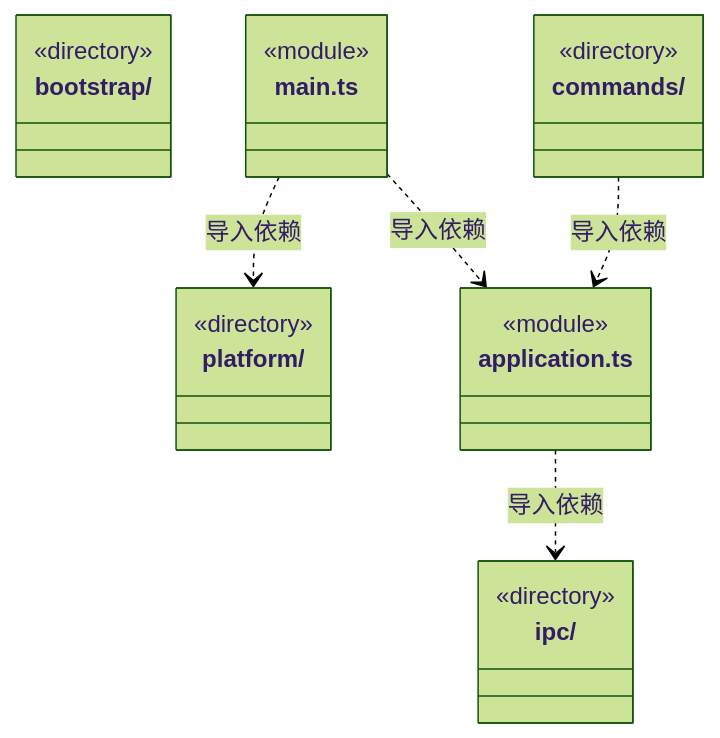
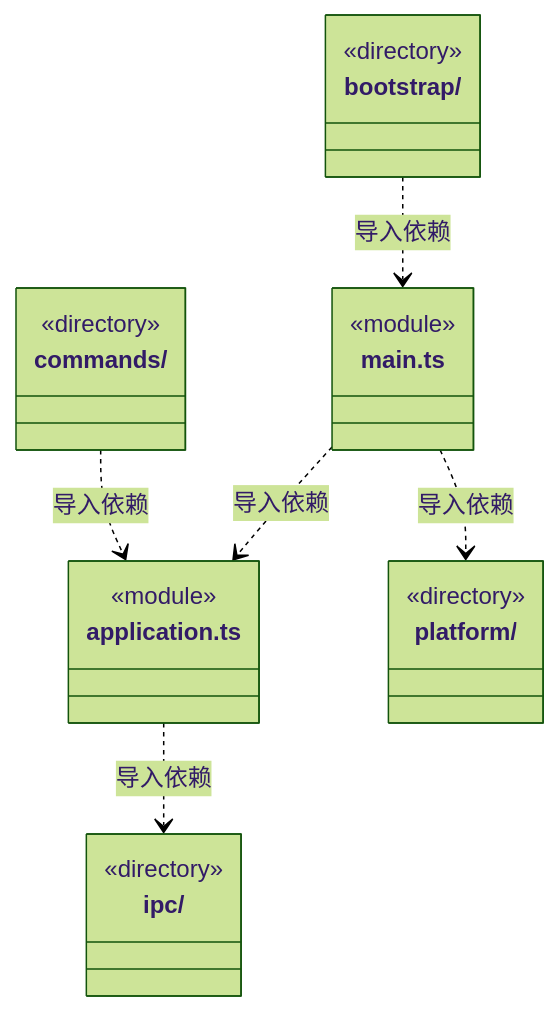
Before and after one commit to nan023062/cbim: the first of 3 diagrams in src/bridge/server/ARCHITECTURE.md, drawn with Mermaid (forest theme). The commit also changed other lines of this file and 112 other files, not shown here.

Commit message:
docs: align source architecture with current declarations and contracts

````diff
--- a/src/bridge/server/ARCHITECTURE.md
+++ b/src/bridge/server/ARCHITECTURE.md
@@ -66,25 +66,26 @@
 ```mermaid
 classDiagram
 class N_src_bridge_server_bootstrap["bootstrap/"] {
   <<directory>>
 }
 class N_src_bridge_server_commands["commands/"] {
   <<directory>>
 }
 class N_src_bridge_server_ipc["ipc/"] {
   <<directory>>
 }
 class N_src_bridge_server_platform["platform/"] {
   <<directory>>
 }
 class N_src_bridge_server_application_ts["application.ts"] {
   <<module>>
 }
 class N_src_bridge_server_main_ts["main.ts"] {
   <<module>>
 }
 N_src_bridge_server_application_ts ..> N_src_bridge_server_ipc : 导入依赖
+N_src_bridge_server_bootstrap ..> N_src_bridge_server_main_ts : 导入依赖
 N_src_bridge_server_commands ..> N_src_bridge_server_application_ts : 导入依赖
+N_src_bridge_server_main_ts ..> N_src_bridge_server_application_ts : 导入依赖
 N_src_bridge_server_main_ts ..> N_src_bridge_server_platform : 导入依赖
-N_src_bridge_server_main_ts ..> N_src_bridge_server_application_ts : 导入依赖
 ```
````
